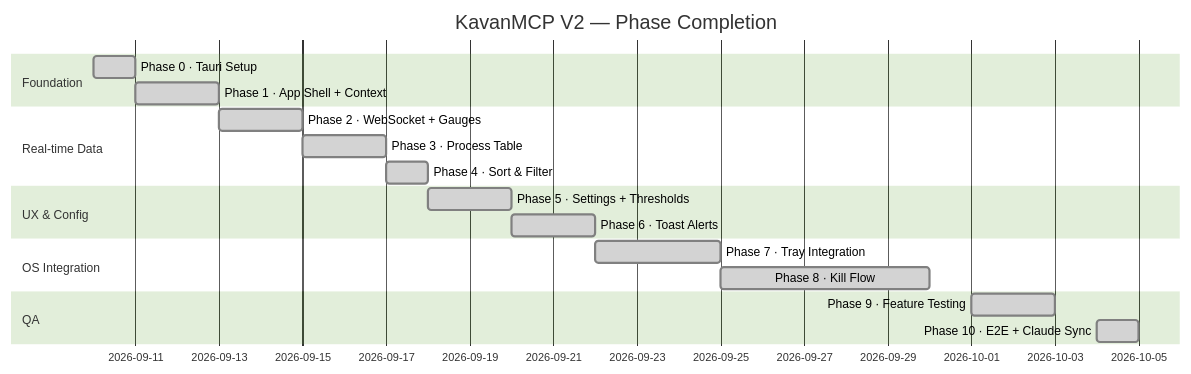
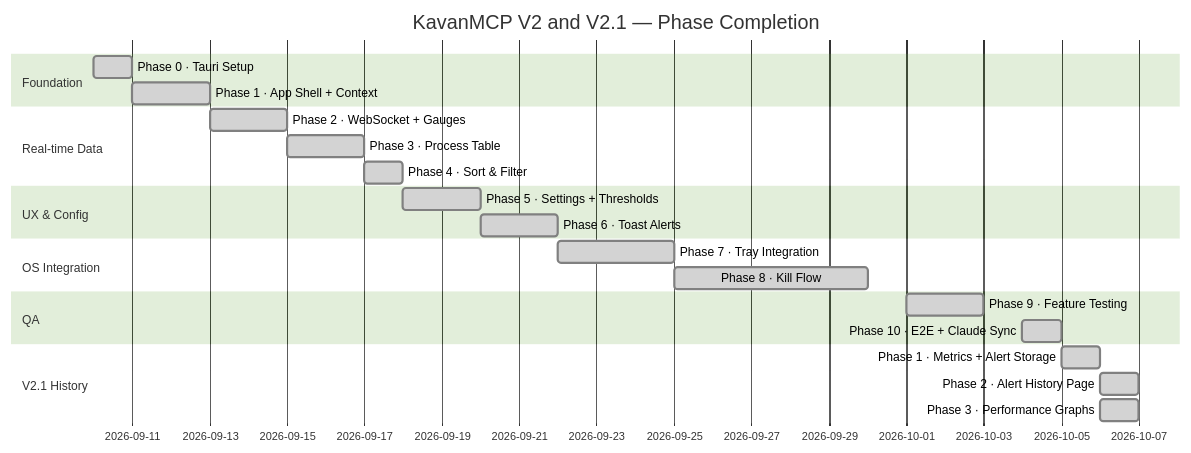
The sixth of 7 diagrams in README.md (Rahul-8283/KavanMCP), drawn with Mermaid (forest theme) before and after one commit. The commit also changed other lines of this file and 1 other file, not shown here.

First line of the commit message:
docs: bring the README up to date and make the audit part of closing a phase

````diff
--- a/README.md
+++ b/README.md
@@ -250,21 +275,25 @@
 ```mermaid
 gantt
-    title KavanMCP V2 — Phase Completion
+    title KavanMCP V2 and V2.1 — Phase Completion
     dateFormat YYYY-MM-DD
     section Foundation
     Phase 0 · Tauri Setup          :done, 2026-09-10, 1d
     Phase 1 · App Shell + Context  :done, 2026-09-11, 2d
     section Real-time Data
     Phase 2 · WebSocket + Gauges   :done, 2026-09-13, 2d
     Phase 3 · Process Table        :done, 2026-09-15, 2d
     Phase 4 · Sort & Filter        :done, 2026-09-17, 1d
     section UX & Config
     Phase 5 · Settings + Thresholds:done, 2026-09-18, 2d
     Phase 6 · Toast Alerts         :done, 2026-09-20, 2d
     section OS Integration
     Phase 7 · Tray Integration     :done, 2026-09-22, 3d
     Phase 8 · Kill Flow            :done, 2026-09-25, 5d
     section QA
     Phase 9 · Feature Testing      :done, 2026-10-01, 2d
     Phase 10 · E2E + Claude Sync   :done, 2026-10-04, 1d
+    section V2.1 History
+    Phase 1 · Metrics + Alert Storage :done, 2026-10-05, 1d
+    Phase 2 · Alert History Page      :done, 2026-10-06, 1d
+    Phase 3 · Performance Graphs      :done, 2026-10-06, 1d
 ```
````
